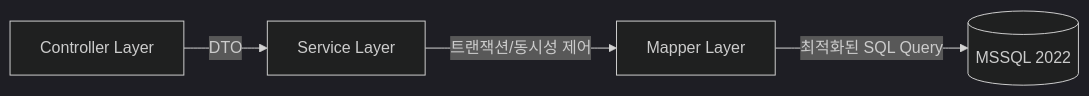
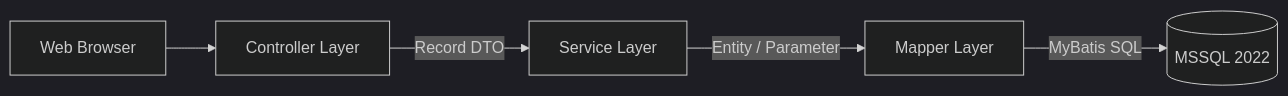
One commit to uty-code/eval-project changed the diagram in README.md. Above: the diagram before and after it, drawn with Mermaid (dark theme). The commit also changed other lines of this file, not shown here.

````diff
--- a/README.md
+++ b/README.md
@@ -49,6 +48,7 @@
 ```mermaid
 graph LR
-    A[Controller Layer] -->|DTO| B[Service Layer]
-    B -->|트랜잭션/동시성 제어| C[Mapper Layer]
-    C -->|최적화된 SQL Query| D[(MSSQL 2022)]
+    Client[Web Browser] --> Controller[Controller Layer]
+    Controller -->|Record DTO| Service[Service Layer]
+    Service -->|Entity / Parameter| Mapper[Mapper Layer]
+    Mapper -->|MyBatis SQL| DB[(MSSQL 2022)]
 ```
````
